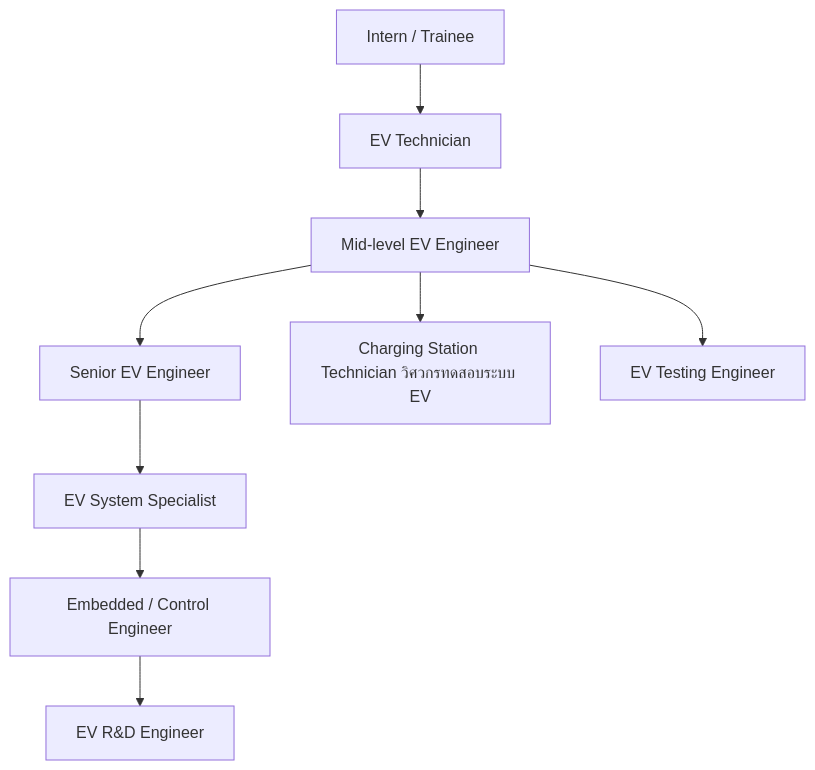
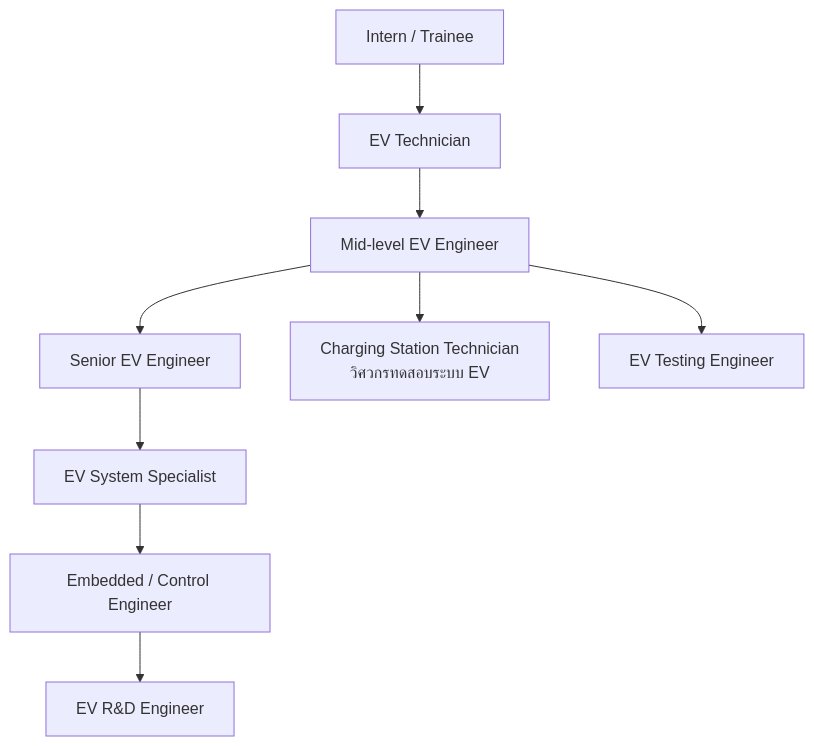
The diagram in README.md (KayMinxLokiLinus/1), drawn with Mermaid before and after one commit.

````diff
--- a/README.md
+++ b/README.md
@@ -1,20 +1,21 @@
 ```mermaid
 graph TD
 
 A[Intern / Trainee] --> B[EV Technician]
 B --> C[Mid-level EV Engineer]
 C --> D[Senior EV Engineer]
 
-C --> E[Charging Station Technician วิศวกรทดสอบระบบ EV]
+C --> E[Charging Station Technician 
+วิศวกรทดสอบระบบ EV]
 
 C --> F[EV Testing Engineer]
 
 D --> G[EV System Specialist]
 G --> H[Embedded / Control Engineer]
 H --> I[EV R&D Engineer]
 
 click B "#ev-technician"
 click C "#mid-level-ev-engineer"
 click E "#charging-station-technician"
 click H "#embedded--control-engineer"
 ```
````
